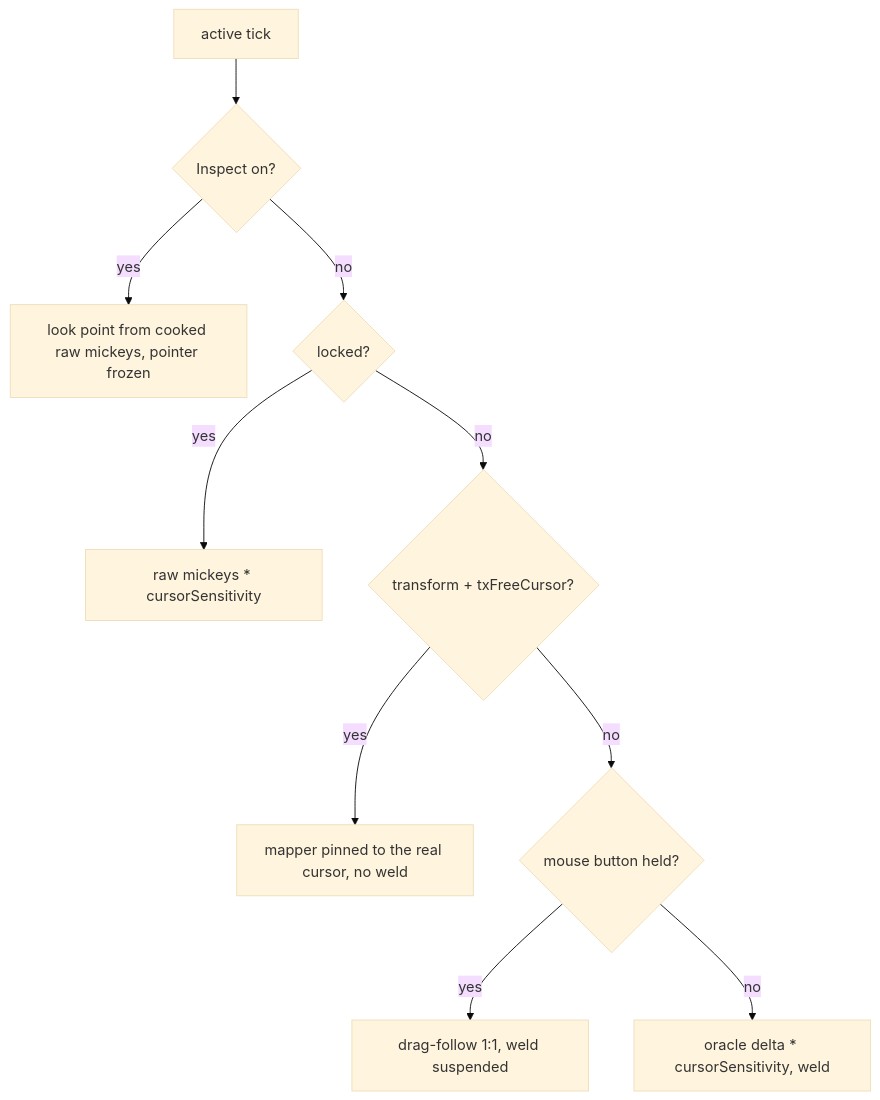
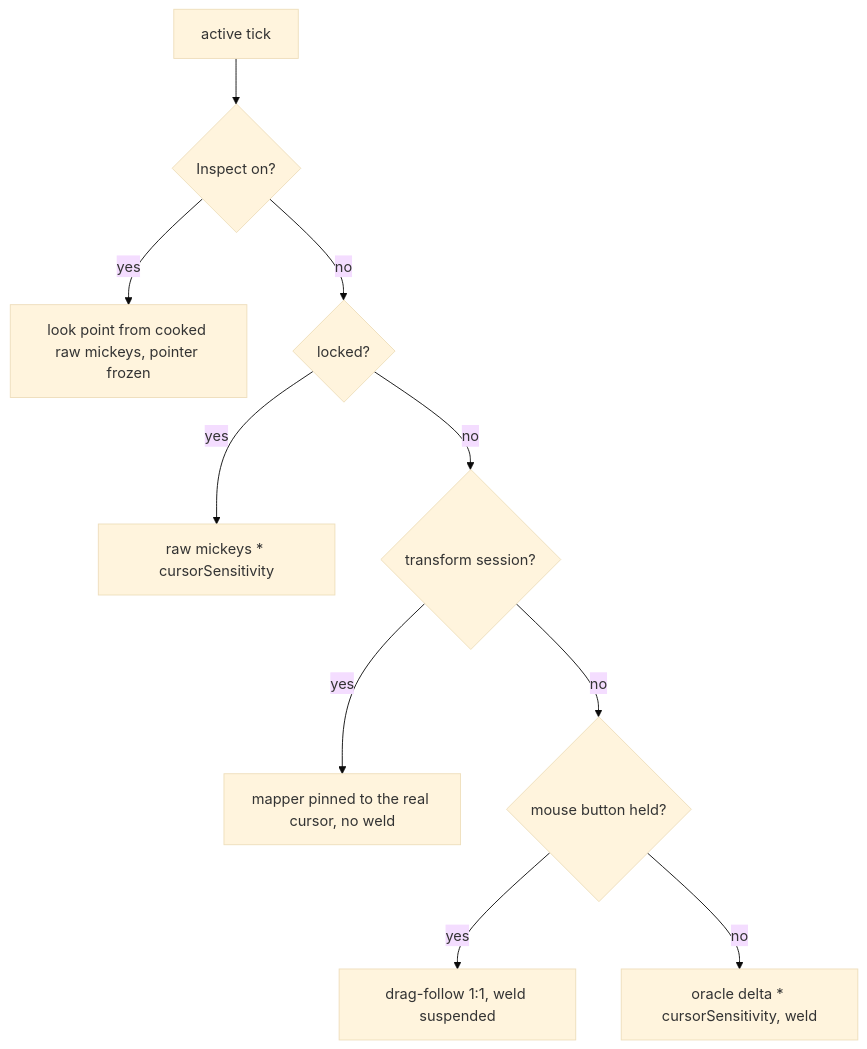
Before and after one commit to Maxaubert/Wind: the second of 2 diagrams in docs/architecture/07-cursor.md, drawn with Mermaid (base theme). The commit also changed other lines of this file and 68 other files, not shown here.

First line of the commit message:
refactor(transform): remove the legacy transform cursor (#384) (#388)

````diff
--- a/docs/architecture/07-cursor.md
+++ b/docs/architecture/07-cursor.md
@@ -217,12 +215,12 @@
 ```mermaid
 flowchart TD
     T[active tick] --> I{Inspect on?}
     I -- yes --> IN[look point from cooked raw mickeys, pointer frozen]
     I -- no --> L{locked?}
     L -- yes --> LK[raw mickeys * cursorSensitivity]
-    L -- no --> F{transform + txFreeCursor?}
+    L -- no --> F{transform session?}
     F -- yes --> FC[mapper pinned to the real cursor, no weld]
     F -- no --> D{mouse button held?}
     D -- yes --> DF[drag-follow 1:1, weld suspended]
     D -- no --> OR[oracle delta * cursorSensitivity, weld]
 ```
````
